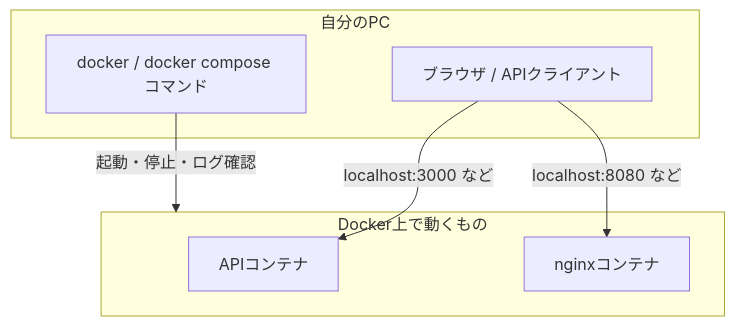
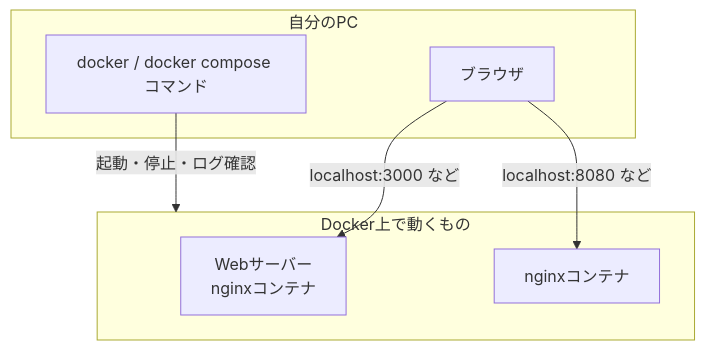
The third of 3 diagrams in cloudflare-site/src/content/docs/docker/index.md (dik-ab/school-curriculum-platform), drawn with Mermaid before and after one commit. The commit also changed other lines of this file, not shown here.

````diff
--- a/cloudflare-site/src/content/docs/docker/index.md
+++ b/cloudflare-site/src/content/docs/docker/index.md
@@ -74,14 +74,14 @@
 ```mermaid
 flowchart TB
     subgraph pc["自分のPC"]
         CLI["docker / docker compose コマンド"]
-        Browser["ブラウザ / APIクライアント"]
+        Browser["ブラウザ"]
     end
     subgraph docker["Docker上で動くもの"]
-        App["APIコンテナ"]
+        App["Webサーバー<br>nginxコンテナ"]
         Nginx["nginxコンテナ"]
     end
     CLI -->|"起動・停止・ログ確認"| docker
     Browser -->|"localhost:3000 など"| App
     Browser -->|"localhost:8080 など"| Nginx
 ```
````
